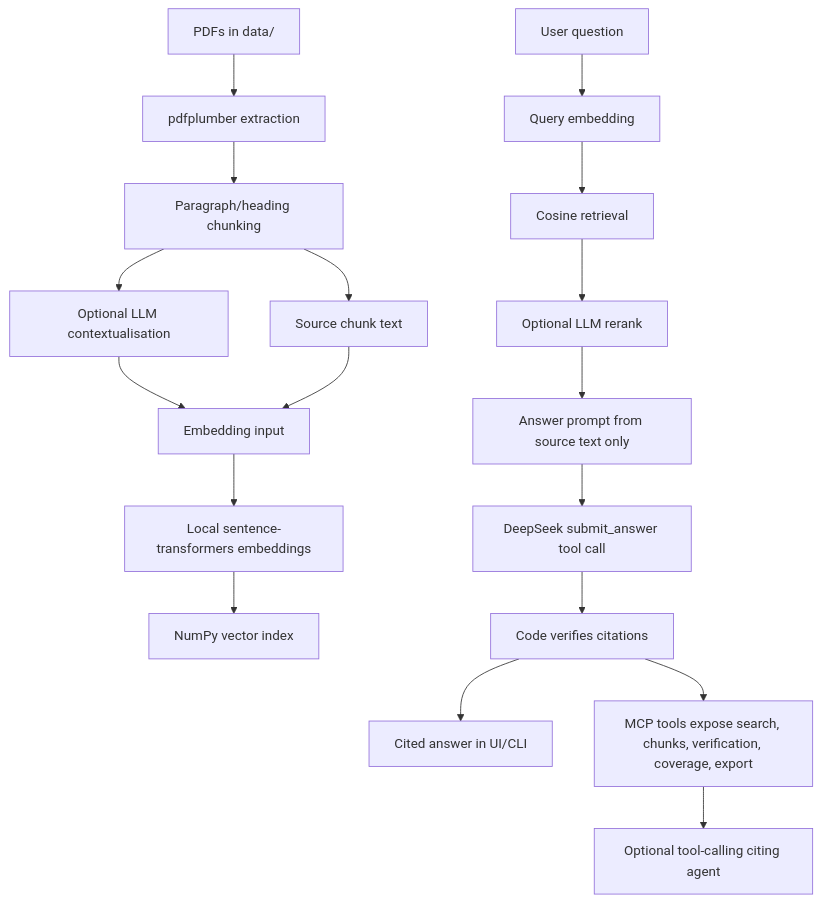
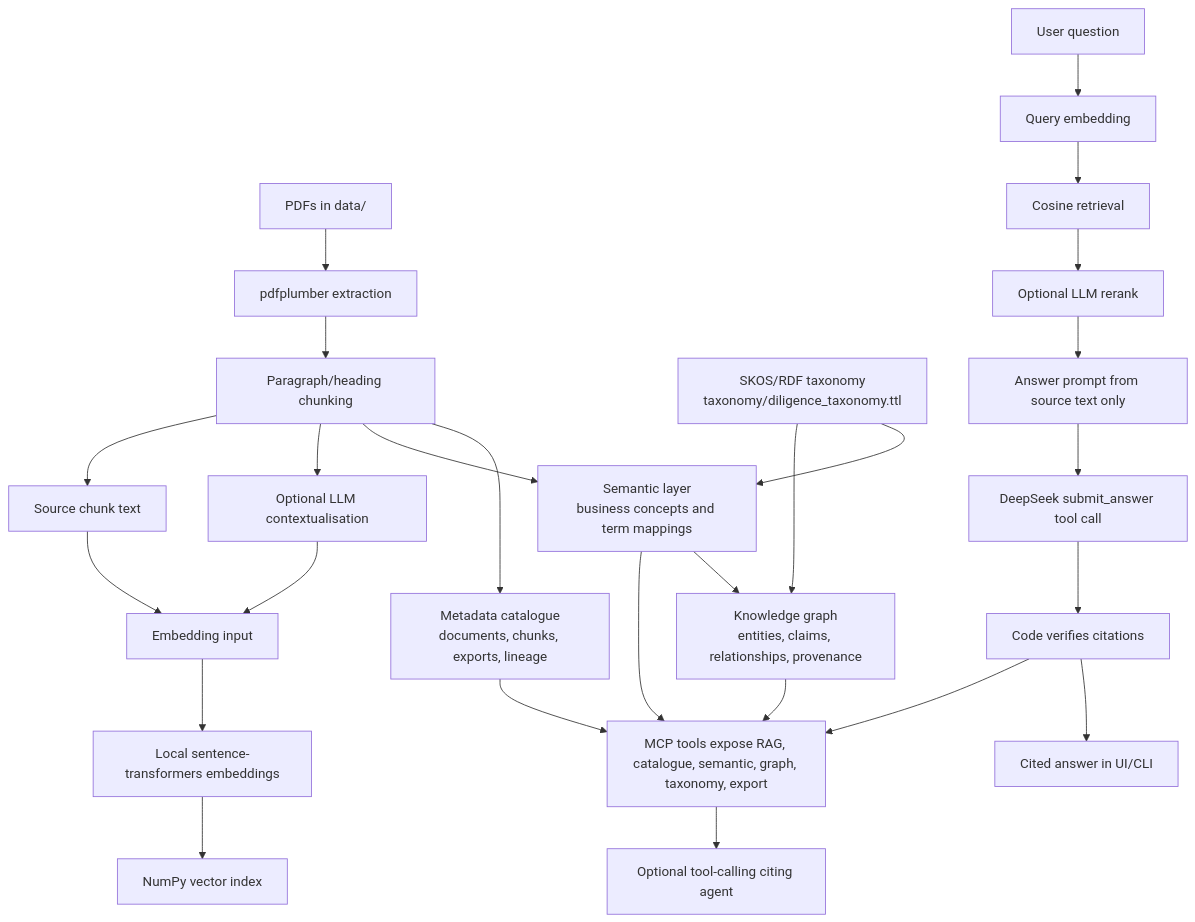
One commit to Lingtronics/data-room-cited changed the diagram in README.md. Above: the diagram before and after it, drawn with Mermaid. The commit also changed other lines of this file and 15 other files, not shown here.

Commit message:
Add enterprise data management MCP layer

````diff
--- a/README.md
+++ b/README.md
@@ -117,21 +131,29 @@
 ```mermaid
 flowchart TD
     A["PDFs in data/"] --> B["pdfplumber extraction"]
     B --> C["Paragraph/heading chunking"]
+    C --> CATA["Metadata catalogue<br/>documents, chunks, exports, lineage"]
+    C --> SEM["Semantic layer<br/>business concepts and term mappings"]
+    SEM --> KG["Knowledge graph<br/>entities, claims, relationships, provenance"]
+    TAX["SKOS/RDF taxonomy<br/>taxonomy/diligence_taxonomy.ttl"] --> SEM
+    TAX --> KG
     C --> D["Optional LLM contextualisation"]
     C --> E["Source chunk text"]
     D --> F["Embedding input"]
     E --> F
     F --> G["Local sentence-transformers embeddings"]
     G --> H["NumPy vector index"]
 
     I["User question"] --> J["Query embedding"]
     J --> K["Cosine retrieval"]
     K --> L["Optional LLM rerank"]
     L --> M["Answer prompt from source text only"]
     M --> N["DeepSeek submit_answer tool call"]
     N --> O["Code verifies citations"]
     O --> P["Cited answer in UI/CLI"]
-    O --> Q["MCP tools expose search, chunks, verification, coverage, export"]
+    O --> Q["MCP tools expose RAG, catalogue, semantic, graph, taxonomy, export"]
+    CATA --> Q
+    SEM --> Q
+    KG --> Q
     Q --> R["Optional tool-calling citing agent"]
 ```
````
